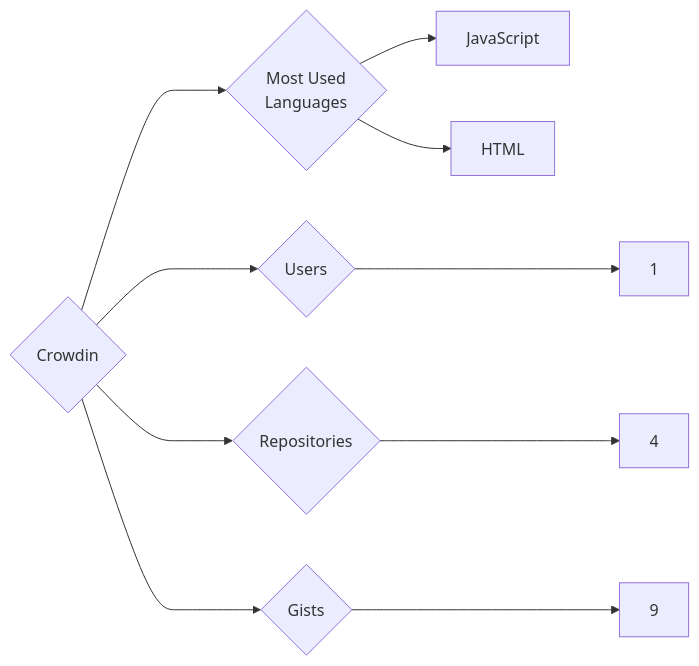
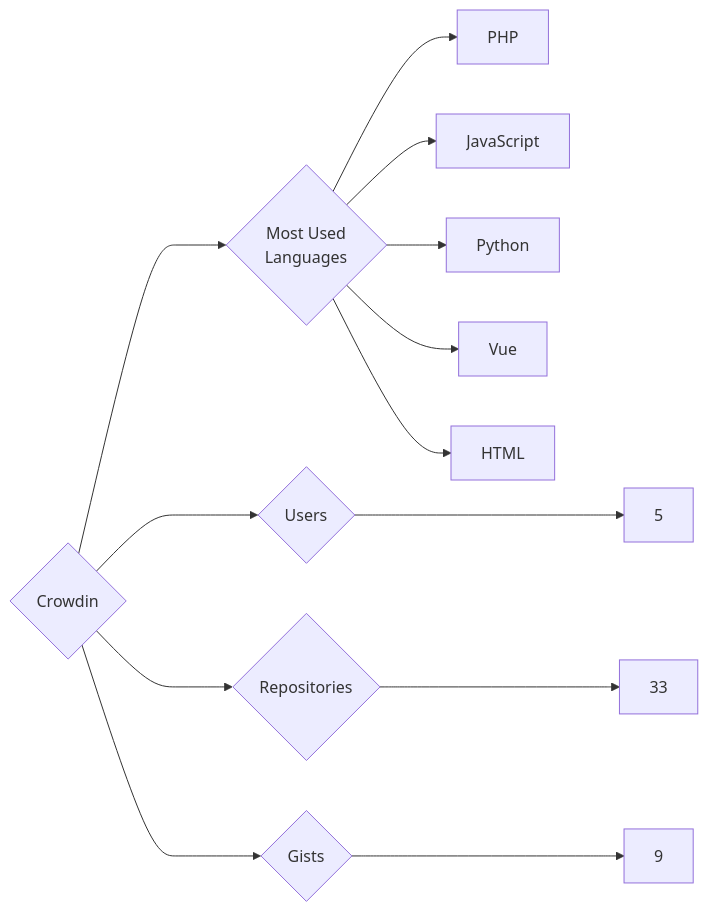
The diagram in targets/Crowdin/README.md (trickest/insiders), drawn with Mermaid before and after one commit. The commit also changed 676 other files, not shown here.

````diff
--- a/targets/Crowdin/README.md
+++ b/targets/Crowdin/README.md
@@ -3,10 +3,13 @@
 ```mermaid
 graph LR
 COMPANY_NAME{Crowdin}
-COMPANY_NAME ---> U{Users} ---> UN[1]
-COMPANY_NAME ---> R{Repositories} ---> RN[4]
+COMPANY_NAME ---> U{Users} ---> UN[5]
+COMPANY_NAME ---> R{Repositories} ---> RN[33]
 COMPANY_NAME ---> G{Gists} ---> GN[9]
 COMPANY_NAME ---> ML{Most Used<br>Languages}
+ML --> PHP[PHP]
 ML --> JavaScript[JavaScript]
+ML --> Python[Python]
+ML --> Vue[Vue]
 ML --> HTML[HTML]
 ```
````
